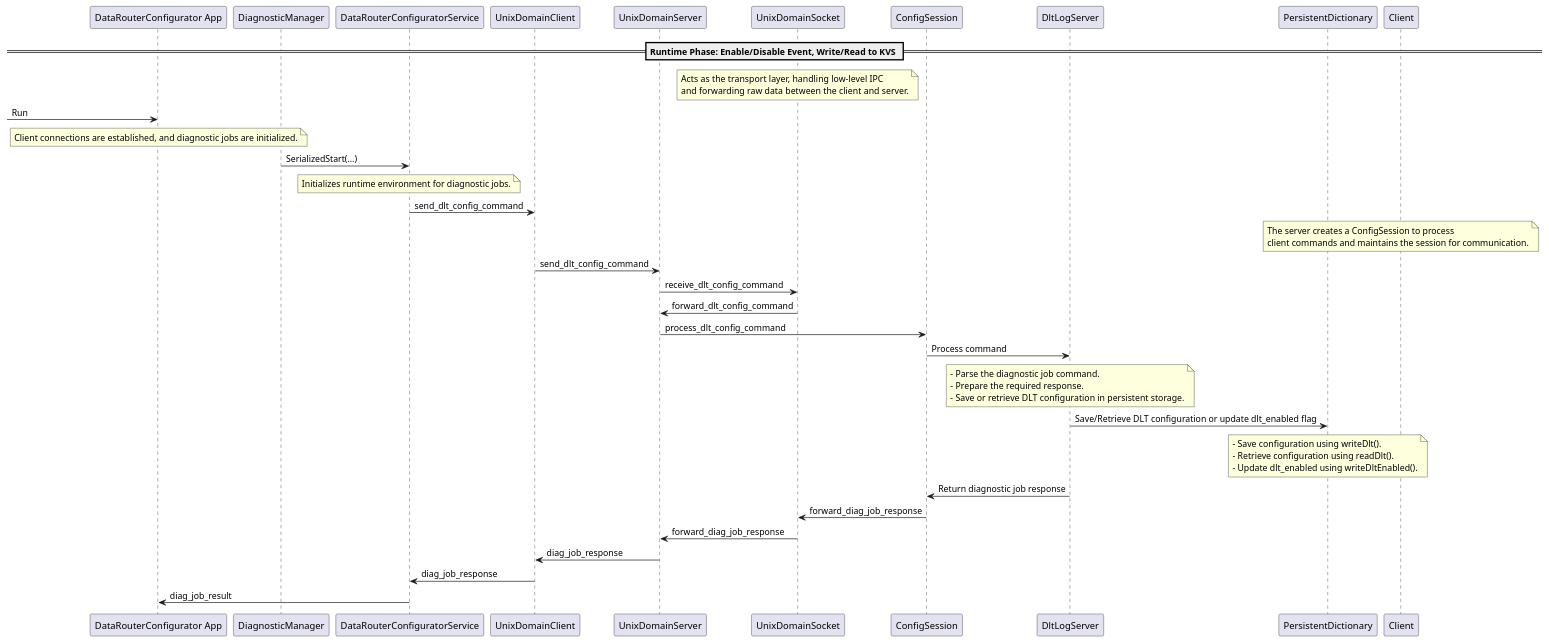
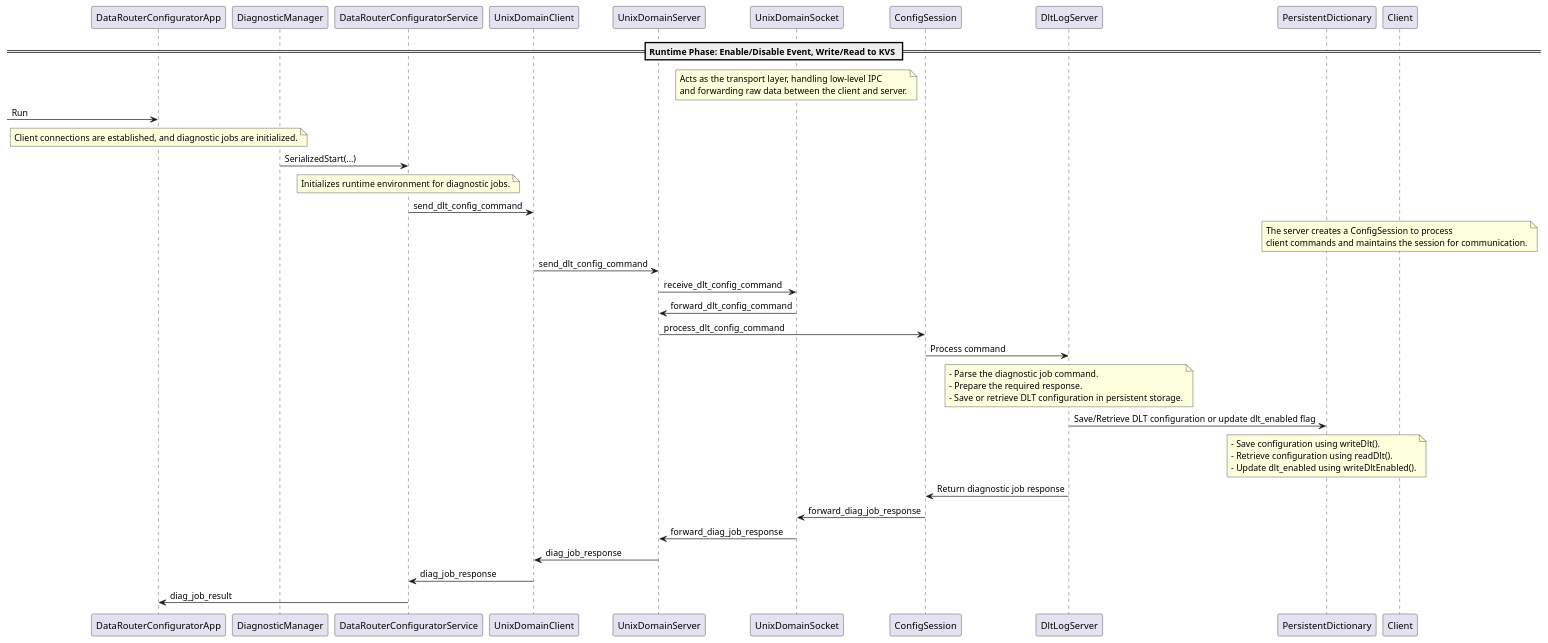
The diagram in score/datarouter/doc/design/uml/seq_kvs_threads_sequence_diagram.puml (eclipse-score/logging), drawn with PlantUML before and after one commit. The commit also changed 7 other files, not shown here.

```diff
--- a/score/datarouter/doc/design/uml/seq_kvs_threads_sequence_diagram.puml
+++ b/score/datarouter/doc/design/uml/seq_kvs_threads_sequence_diagram.puml
@@ -14,70 +14,70 @@
 @startuml kvs_threads_sequence_diagram
 
-participant "DataRouterConfigurator App" as DRConf
+participant "DataRouterConfiguratorApp" as DRConf
 participant "DiagnosticManager" as DiagM
 participant "DataRouterConfiguratorService" as DRConfService
 participant "UnixDomainClient" as UDC
 participant "UnixDomainServer" as UDS
 participant "UnixDomainSocket" as Socket
 participant "ConfigSession" as ConfigSession
 participant "DltLogServer" as DLTS
 participant "PersistentDictionary" as PD
 
 == Runtime Phase: Enable/Disable Event, Write/Read to KVS ==
 note over Socket
   Acts as the transport layer, handling low-level IPC
   and forwarding raw data between the client and server.
 end note
 
 -> DRConf: Run
 note over DRConf
   Client connections are established, and diagnostic jobs are initialized.
 end note
 
 DiagM -> DRConfService: SerializedStart(...)
 note over DRConfService
   Initializes runtime environment for diagnostic jobs.
 end note
 
 DRConfService -> UDC: send_dlt_config_command
 note over Client
   The server creates a ConfigSession to process
   client commands and maintains the session for communication.
 end note
 
 UDC -> UDS: send_dlt_config_command
 UDS -> Socket: receive_dlt_config_command
 Socket -> UDS: forward_dlt_config_command
 UDS -> ConfigSession: process_dlt_config_command
 
 ConfigSession -> DLTS: Process command
 note over DLTS
 - Parse the diagnostic job command.
 - Prepare the required response.
 - Save or retrieve DLT configuration in persistent storage.
 end note
 
 DLTS -> PD: Save/Retrieve DLT configuration or update dlt_enabled flag
 note over PD
 - Save configuration using writeDlt().
 - Retrieve configuration using readDlt().
 - Update dlt_enabled using writeDltEnabled().
 end note
 
 DLTS -> ConfigSession: Return diagnostic job response
 ConfigSession -> Socket: forward_diag_job_response
 Socket -> UDS: forward_diag_job_response
 UDS -> UDC: diag_job_response
 
 UDC -> DRConfService: diag_job_response
 DRConfService -> DRConf: diag_job_result
 
 deactivate DRConf
 deactivate DRConfService
 deactivate UDS
 deactivate Socket
 deactivate ConfigSession
 deactivate DLTS
 deactivate PD
 
 @enduml
```
